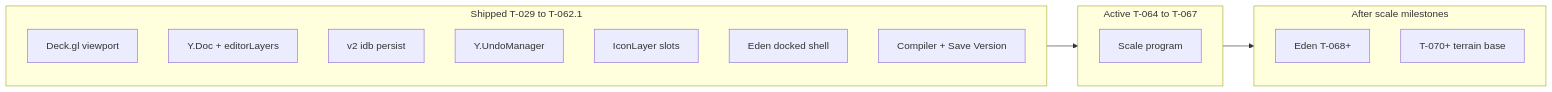
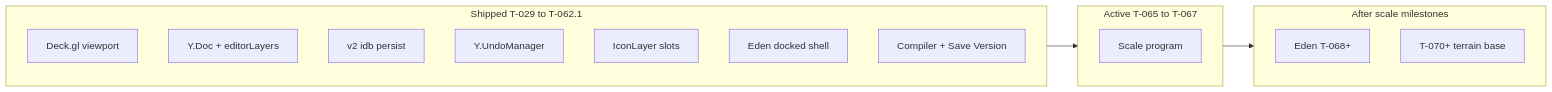
One commit to darkforce09/TBD_Website changed the first of 2 diagrams in Design_Docs/Mission_Creator_Architecture/agent_execution.md. Above: the diagram before and after it, drawn with Mermaid. The commit also changed other lines of this file and 30 other files, not shown here.

````diff
--- a/Design_Docs/Mission_Creator_Architecture/agent_execution.md
+++ b/Design_Docs/Mission_Creator_Architecture/agent_execution.md
@@ -185,20 +185,20 @@
 ```mermaid
 flowchart LR
   subgraph shipped [Shipped T-029 to T-062.1]
     Deck["Deck.gl viewport"]
     YDoc["Y.Doc + editorLayers"]
     IDB["v2 idb persist"]
     Undo["Y.UndoManager"]
     Icons["IconLayer slots"]
     Shell["Eden docked shell"]
     Save["Compiler + Save Version"]
   end
-  subgraph active [Active T-064 to T-067]
+  subgraph active [Active T-065 to T-067]
     Scale["Scale program"]
   end
   subgraph later [After scale milestones]
     Eden["Eden T-068+"]
     Terrain["T-070+ terrain base"]
   end
   shipped --> active --> later
 ```
````
